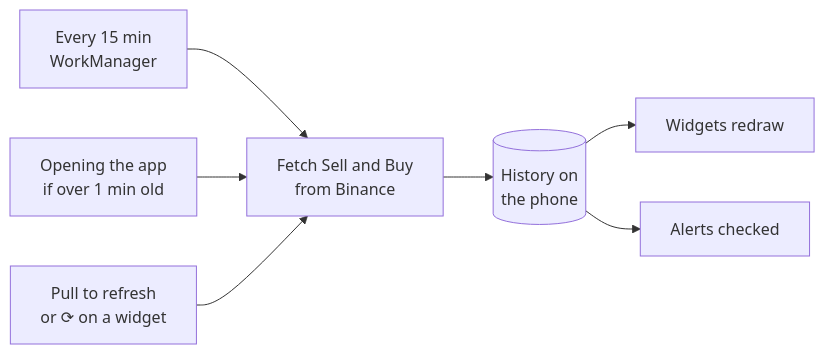
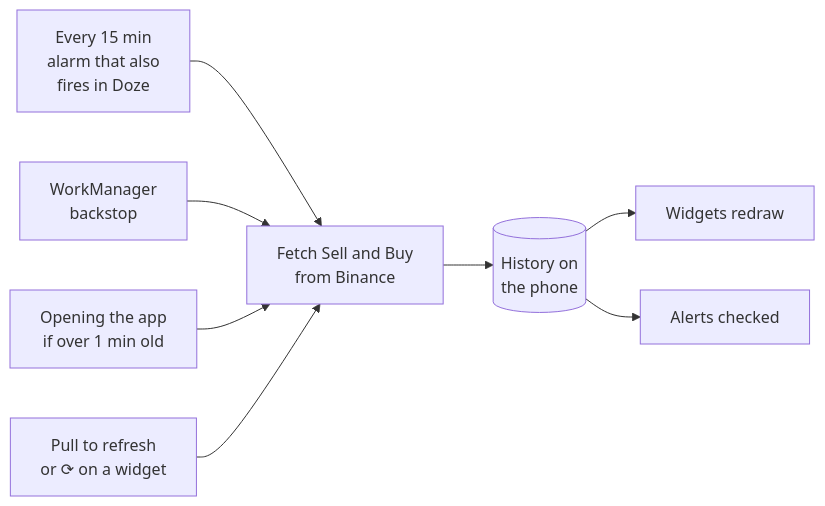
Before and after one commit to ruchira-edirisinghe/p2p-lkr-widget-app: the second of 2 diagrams in README.md, drawn with Mermaid. The commit also changed other lines of this file and 54 other files, not shown here.

````diff
--- a/README.md
+++ b/README.md
@@ -282,9 +366,10 @@
 ```mermaid
 flowchart LR
-    W[Every 15 min<br>WorkManager] --> P
+    W[Every 15 min<br>alarm that also<br>fires in Doze] --> P
+    B[WorkManager<br>backstop] --> P
     O[Opening the app<br>if over 1 min old] --> P
     R[Pull to refresh<br>or ⟳ on a widget] --> P
     P[Fetch Sell and Buy<br>from Binance] --> S[(History on<br>the phone)]
     S --> G[Widgets redraw]
     S --> L[Alerts checked]
 ```
````
